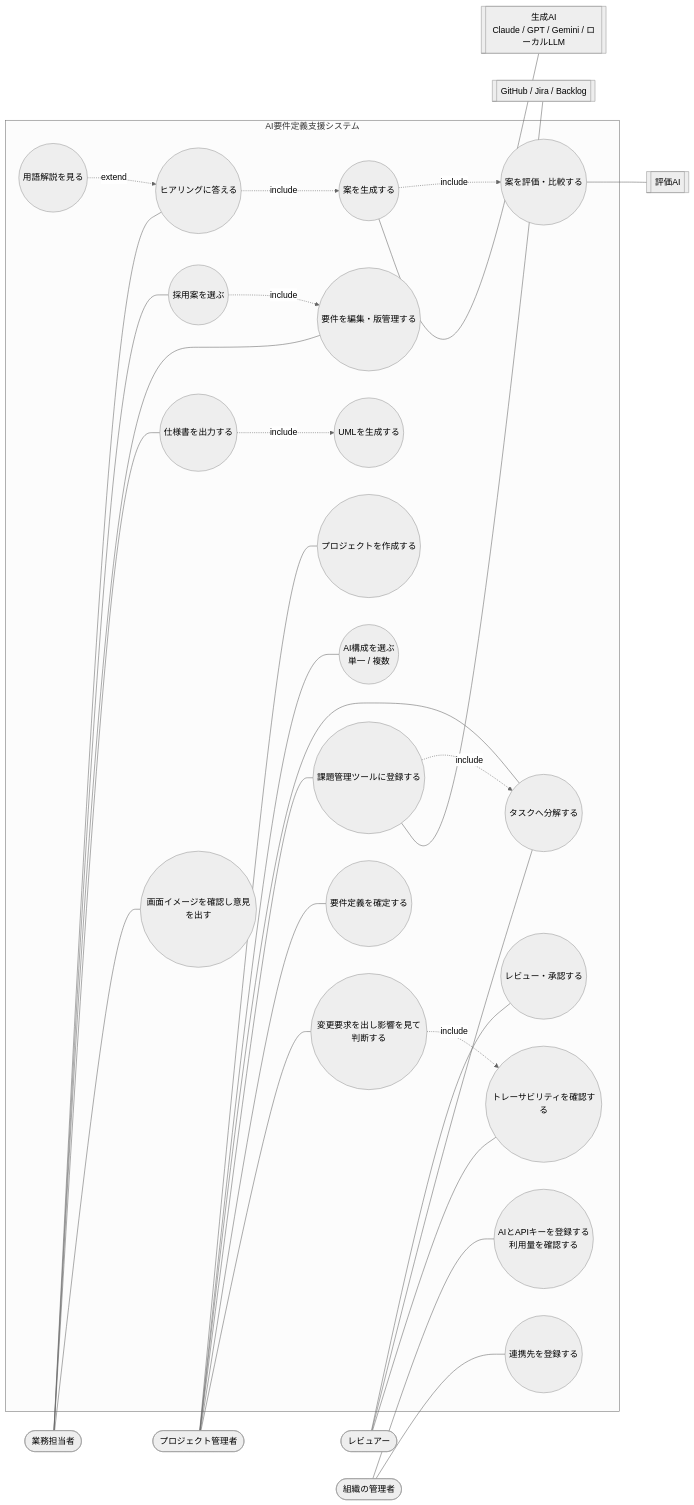
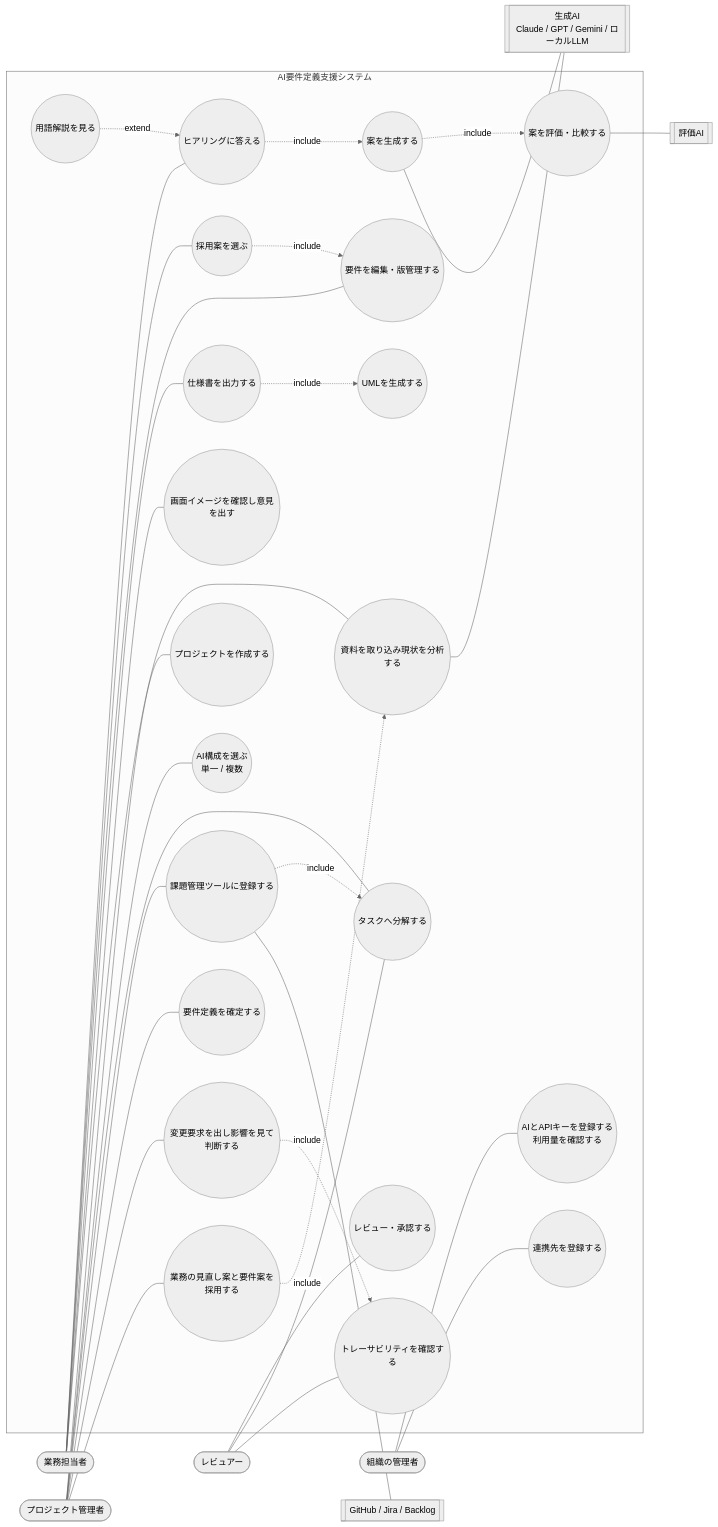
One commit to UeEmon/ai-requirements-navigator changed the diagram in docs/uml/01-usecase.mmd. Above: the diagram before and after it, drawn with Mermaid (neutral theme). The commit also changed 7 other files, not shown here.

```diff
--- a/docs/uml/01-usecase.mmd
+++ b/docs/uml/01-usecase.mmd
@@ -1,57 +1,63 @@
 flowchart LR
     U([業務担当者])
     PM([プロジェクト管理者])
     RV([レビュアー])
     AD([組織の管理者])
     GAI[[生成AI<br/>Claude / GPT / Gemini / ローカルLLM]]
     EAI[[評価AI]]
 
     subgraph SYS[AI要件定義支援システム]
         UC1((プロジェクトを作成する))
         UC2((AI構成を選ぶ<br/>単一 / 複数))
         UC3((ヒアリングに答える))
         UC4((用語解説を見る))
         UC5((案を生成する))
         UC6((案を評価・比較する))
         UC7((採用案を選ぶ))
         UC8((要件を編集・版管理する))
         UC9((UMLを生成する))
         UC10((仕様書を出力する))
         UC11((レビュー・承認する))
         UC12((タスクへ分解する))
         UC13((AIとAPIキーを登録する<br/>利用量を確認する))
         UC14((課題管理ツールに登録する))
         UC15((トレーサビリティを確認する))
         UC16((連携先を登録する))
         UC17((画面イメージを確認し意見を出す))
         UC18((要件定義を確定する))
         UC19((変更要求を出し影響を見て判断する))
+        UC20((資料を取り込み現状を分析する))
+        UC21((業務の見直し案と要件案を採用する))
     end
     ITS[[GitHub / Jira / Backlog]]
 
     PM --- UC1
     PM --- UC2
     U --- UC3
     U --- UC7
     U --- UC8
     U --- UC10
     RV --- UC11
     RV --- UC12
     AD --- UC13
     AD --- UC16
     PM --- UC12
     PM --- UC14
     RV --- UC15
     UC14 -.include.-> UC12
     UC14 --- ITS
     U --- UC17
     PM --- UC18
     PM --- UC19
     UC19 -.include.-> UC15
+    U --- UC20
+    PM --- UC21
+    UC20 --- GAI
+    UC21 -.include.-> UC20
     UC3 -.include.-> UC5
     UC4 -.extend.-> UC3
     UC5 -.include.-> UC6
     UC7 -.include.-> UC8
     UC10 -.include.-> UC9
     UC5 --- GAI
     UC6 --- EAI
```
